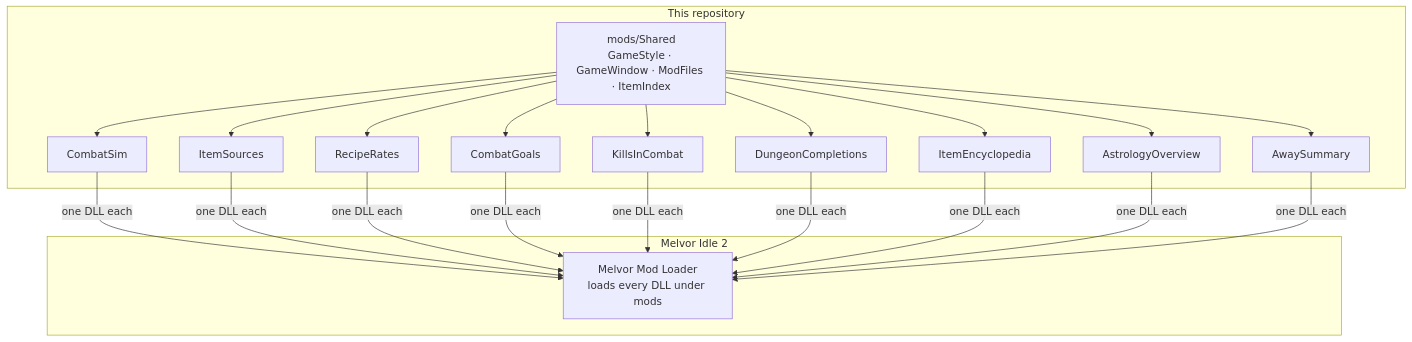
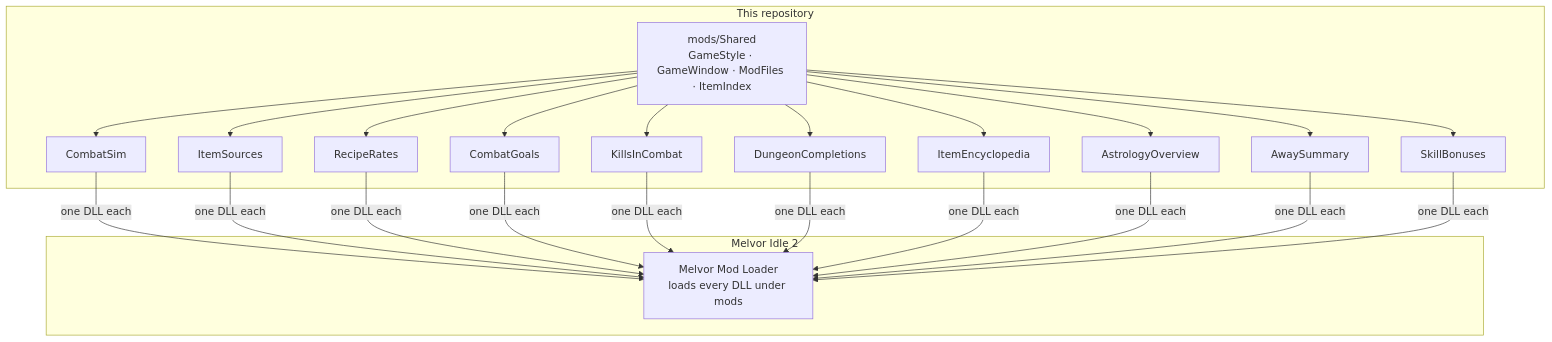
One commit to 149segolte/melvor-idle-2-qol-mods changed the diagram in README.md. Above: the diagram before and after it, drawn with Mermaid. The commit also changed other lines of this file and 21 other files, not shown here.

First line of the commit message:
Skill Bonuses, a new mod: where a skill's bonuses come from (#34)

````diff
--- a/README.md
+++ b/README.md
@@ -196,20 +205,21 @@
 ```mermaid
 flowchart TB
     subgraph game["Melvor Idle 2"]
         L["Melvor Mod Loader<br/>loads every DLL under mods"]
     end
     subgraph repo["This repository"]
         S["mods/Shared<br/>GameStyle · GameWindow · ModFiles · ItemIndex"]
         M1["CombatSim"]
         M2["ItemSources"]
         M3["RecipeRates"]
         M4["CombatGoals"]
         M5["KillsInCombat"]
         M6["DungeonCompletions"]
         M7["ItemEncyclopedia"]
         M8["AstrologyOverview"]
         M9["AwaySummary"]
+        M10["SkillBonuses"]
     end
-    S --> M1 & M2 & M3 & M4 & M5 & M6 & M7 & M8 & M9
-    M1 & M2 & M3 & M4 & M5 & M6 & M7 & M8 & M9 -->|"one DLL each"| L
+    S --> M1 & M2 & M3 & M4 & M5 & M6 & M7 & M8 & M9 & M10
+    M1 & M2 & M3 & M4 & M5 & M6 & M7 & M8 & M9 & M10 -->|"one DLL each"| L
 ```
````
